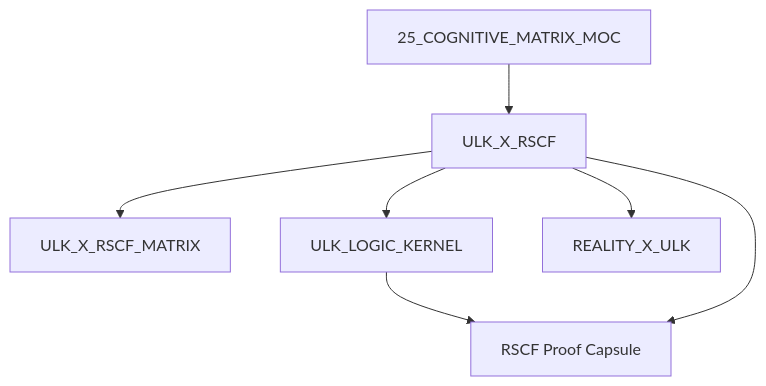
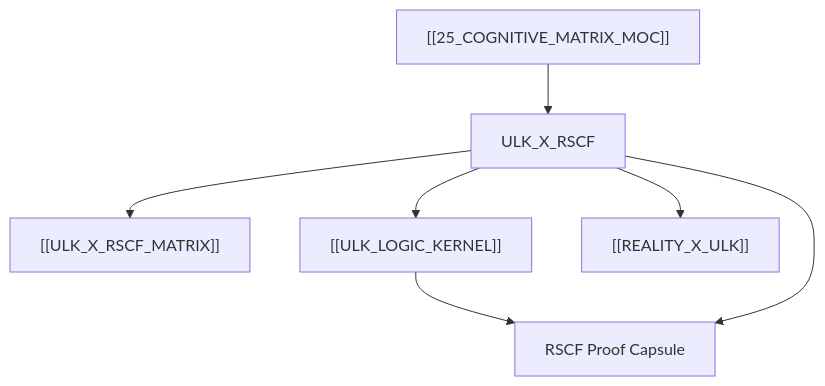
One commit to trangyp/AMOS-OS changed the third of 3 diagrams in 25_COGNITIVE_MATRIX/ULK_X_RSCF.md. Above: the diagram before and after it, drawn with Mermaid. The commit also changed other lines of this file and 4021 other files, not shown here.

````diff
--- a/25_COGNITIVE_MATRIX/ULK_X_RSCF.md
+++ b/25_COGNITIVE_MATRIX/ULK_X_RSCF.md
@@ -3984,17 +3984,17 @@
 ```mermaid
 graph TD
 
-    CM["25_COGNITIVE_MATRIX_MOC"]
+    CM["[[25_COGNITIVE_MATRIX_MOC]]"]
     SPEC["ULK_X_RSCF"]
-    MATRIX["ULK_X_RSCF_MATRIX"]
-    ULK["ULK_LOGIC_KERNEL"]
-    REALITY["REALITY_X_ULK"]
+    MATRIX["[[ULK_X_RSCF_MATRIX]]"]
+    ULK["[[ULK_LOGIC_KERNEL]]"]
+    REALITY["[[REALITY_X_ULK]]"]
     RSCF["RSCF Proof Capsule"]
 
     CM --> SPEC
     SPEC --> MATRIX
     SPEC --> ULK
     SPEC --> REALITY
     ULK --> RSCF
     SPEC --> RSCF
 ```
````
